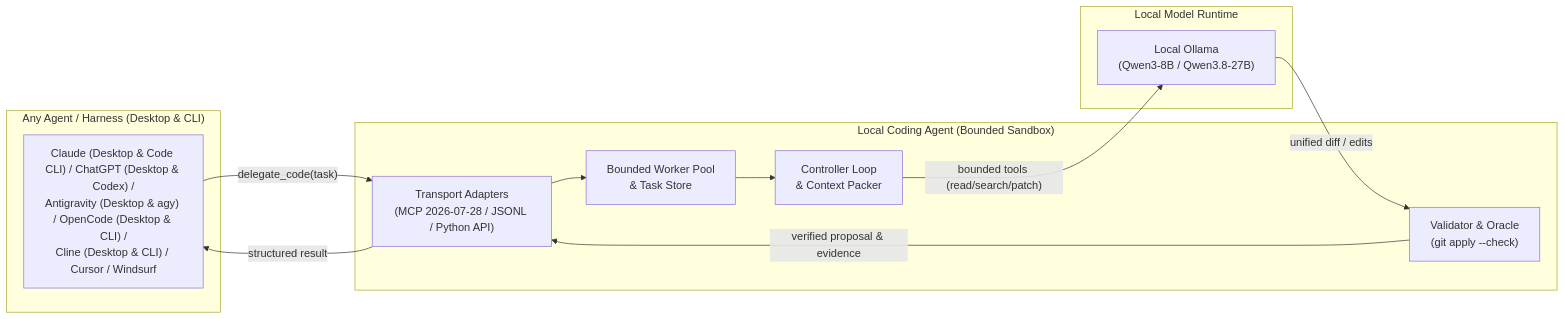
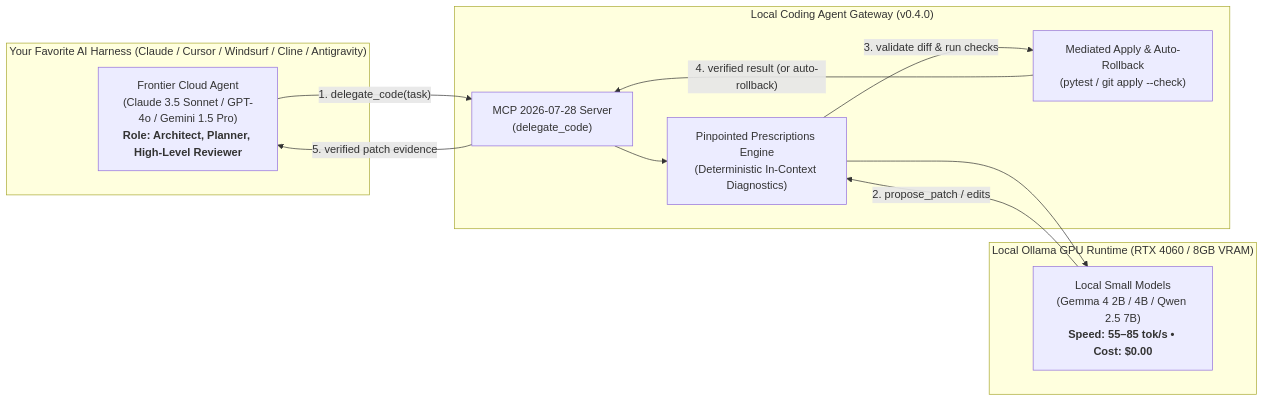
Before and after one commit to pvnc228/codex-local-coding-agent: the diagram in README.md, drawn with Mermaid. The commit also changed other lines of this file, not shown here.

Commit message:
docs: showcase Universal Harness MCP Integration and Pinpointed Prescriptions in README

````diff
--- a/README.md
+++ b/README.md
@@ -25,24 +29,23 @@
 ```mermaid
 flowchart LR
-    subgraph Host["Any Agent / Harness (Desktop & CLI)"]
-        A["Claude (Desktop & Code CLI) / ChatGPT (Desktop & Codex) /<br>Antigravity (Desktop & agy) / OpenCode (Desktop & CLI) /<br>Cline (Desktop & CLI) / Cursor / Windsurf"]
+    subgraph Host["Your Favorite AI Harness (Claude / Cursor / Windsurf / Cline / Antigravity)"]
+        A["Frontier Cloud Agent<br>(Claude 3.5 Sonnet / GPT-4o / Gemini 1.5 Pro)<br><b>Role: Architect, Planner, High-Level Reviewer</b>"]
     end
 
-    subgraph Sandbox["Local Coding Agent (Bounded Sandbox)"]
-        B["Transport Adapters<br>(MCP 2026-07-28 / JSONL / Python API)"]
-        C["Bounded Worker Pool<br>&amp; Task Store"]
-        D["Controller Loop<br>&amp; Context Packer"]
-        E["Validator &amp; Oracle<br>(git apply --check)"]
+    subgraph Controller["Local Coding Agent Gateway (v0.4.0)"]
+        B["MCP 2026-07-28 Server<br>(delegate_code)"]
+        C["Pinpointed Prescriptions Engine<br>(Deterministic In-Context Diagnostics)"]
+        D["Mediated Apply &amp; Auto-Rollback<br>(pytest / git apply --check)"]
     end
 
-    subgraph Runtime["Local Model Runtime"]
-        F["Local Ollama<br>(Qwen3-8B / Qwen3.8-27B)"]
+    subgraph Runtime["Local Ollama GPU Runtime (RTX 4060 / 8GB VRAM)"]
+        E["Local Small Models<br>(Gemma 4 2B / 4B / Qwen 2.5 7B)<br><b>Speed: 55–85 tok/s • Cost: $0.00</b>"]
     end
 
-    A -- "delegate_code(task)" --> B
-    B --> C --> D
-    D -- "bounded tools (read/search/patch)" --> F
-    F -- "unified diff / edits" --> E
-    E -- "verified proposal &amp; evidence" --> B
-    B -- "structured result" --> A
+    A -- "1. delegate_code(task)" --> B
+    B --> C --> E
+    E -- "2. propose_patch / edits" --> C
+    C -- "3. validate diff & run checks" --> D
+    D -- "4. verified result (or auto-rollback)" --> B
+    B -- "5. verified patch evidence" --> A
 ```
````
